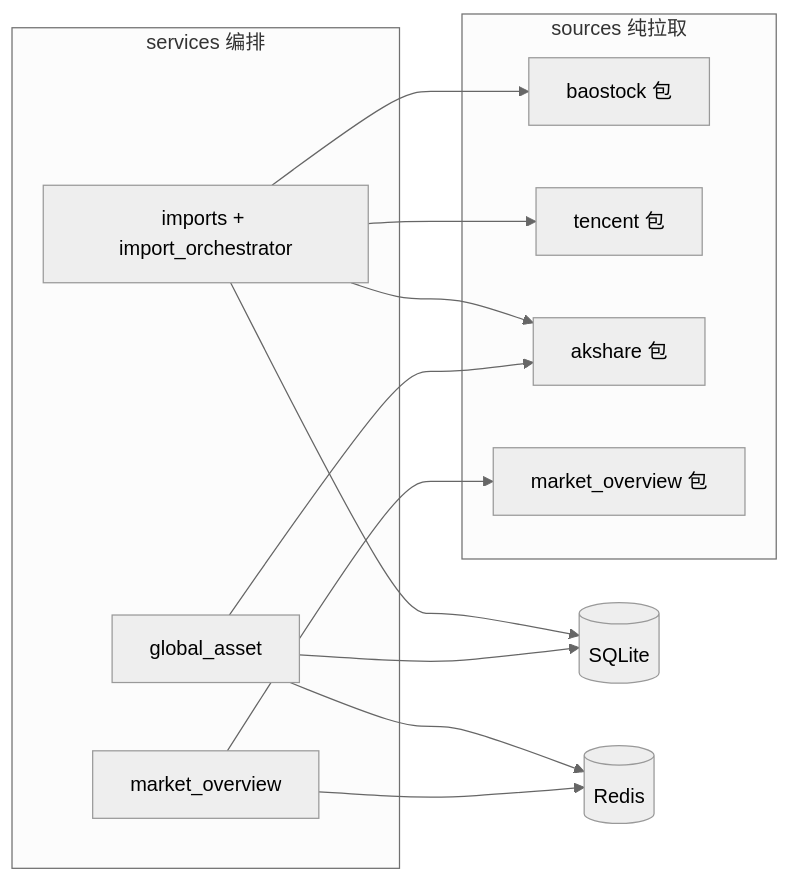
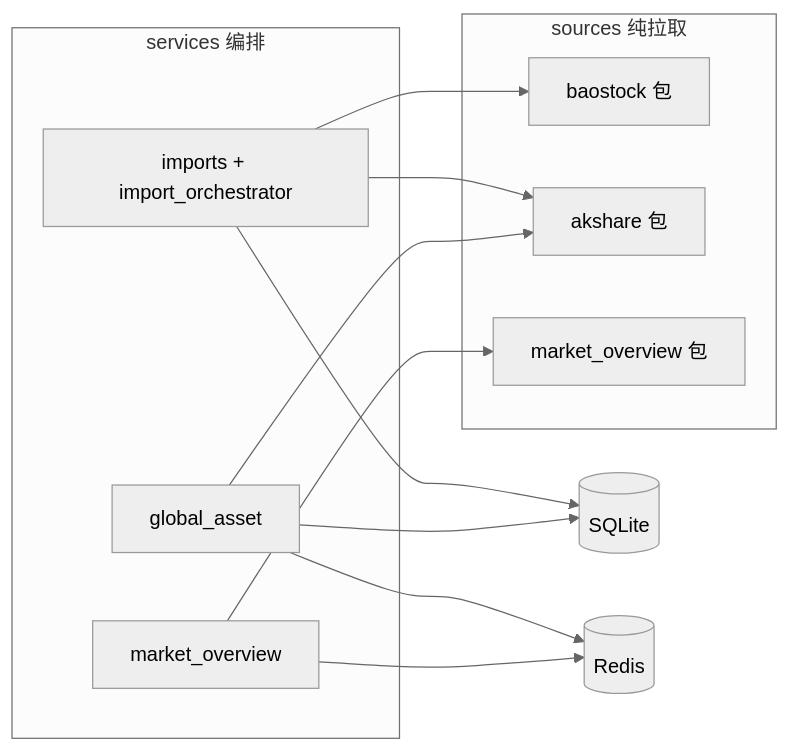
The first of 7 diagrams in .agents/skills/astock/references/external-data.md (gunerguner/Astock), drawn with Mermaid (neutral theme) before and after one commit. The commit also changed other lines of this file and 29 other files, not shown here.

````diff
--- a/.agents/skills/astock/references/external-data.md
+++ b/.agents/skills/astock/references/external-data.md
@@ -38,23 +46,21 @@
 ```mermaid
 flowchart LR
   subgraph sources [sources 纯拉取]
     bao[baostock 包]
-    tx[tencent 包]
     ak[akshare 包]
     mo[market_overview 包]
   end
   subgraph services [services 编排]
     imp[imports + import_orchestrator]
     gas[global_asset]
     mos[market_overview]
   end
   imp --> bao
-  imp --> tx
   imp --> ak
   gas --> ak
   mos --> mo
   imp --> SQLite[(SQLite)]
   gas --> SQLite
   gas --> Redis[(Redis)]
   mos --> Redis
 ```
````
